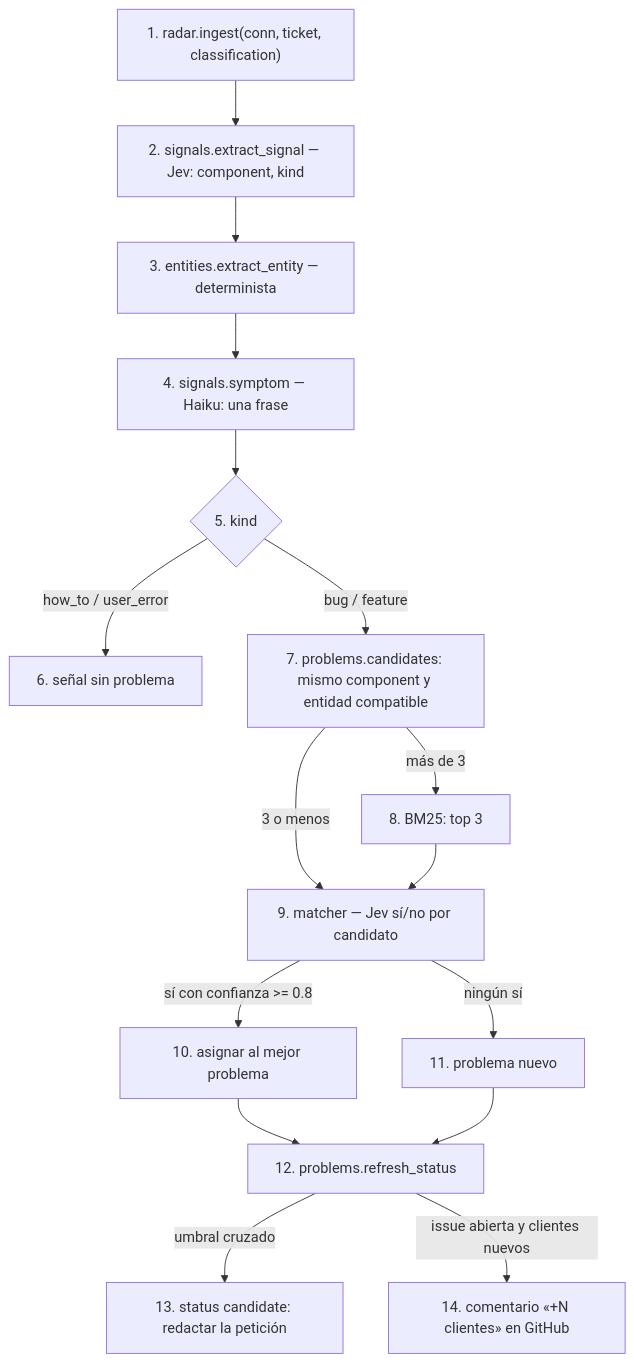
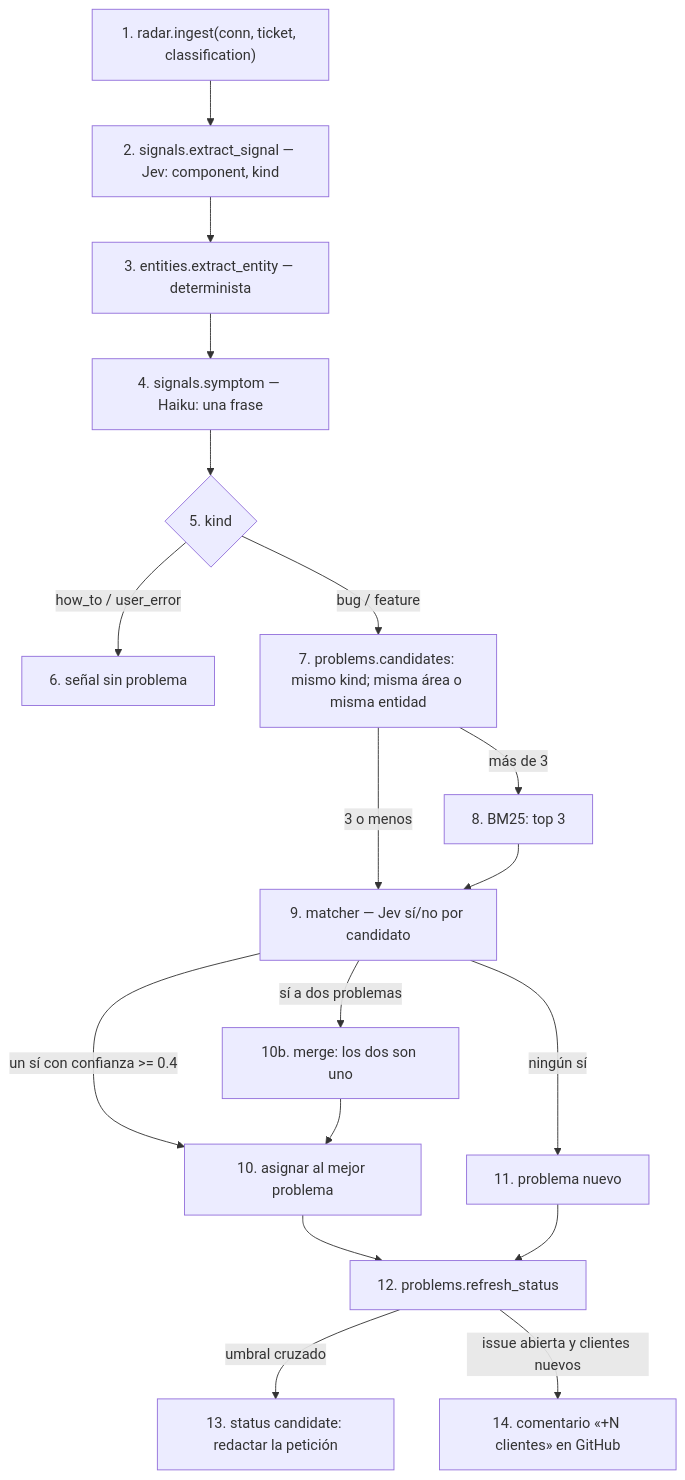
The first of 2 diagrams in docs/specs/radar.md (SearchingAlpha/haddock-cx-copilot), drawn with Mermaid before and after one commit. The commit also changed other lines of this file and 27 other files, not shown here.

````diff
--- a/docs/specs/radar.md
+++ b/docs/specs/radar.md
@@ -12,18 +12,20 @@
 ```mermaid
 flowchart TD
     n1["1. radar.ingest(conn, ticket, classification)"] --> n2["2. signals.extract_signal — Jev: component, kind"]
     n2 --> n3["3. entities.extract_entity — determinista"]
     n3 --> n4["4. signals.symptom — Haiku: una frase"]
     n4 --> n5{"5. kind"}
     n5 -->|"how_to / user_error"| n6["6. señal sin problema"]
-    n5 -->|"bug / feature"| n7["7. problems.candidates: mismo component y entidad compatible"]
+    n5 -->|"bug / feature"| n7["7. problems.candidates: mismo kind; misma área o misma entidad"]
     n7 -->|"más de 3"| n8["8. BM25: top 3"]
     n7 -->|"3 o menos"| n9
     n8 --> n9["9. matcher — Jev sí/no por candidato"]
-    n9 -->|"sí con confianza >= 0.8"| n10["10. asignar al mejor problema"]
+    n9 -->|"un sí con confianza >= 0.4"| n10["10. asignar al mejor problema"]
+    n9 -->|"sí a dos problemas"| n10b["10b. merge: los dos son uno"]
+    n10b --> n10
     n9 -->|"ningún sí"| n11["11. problema nuevo"]
     n10 --> n12["12. problems.refresh_status"]
     n11 --> n12
     n12 -->|"umbral cruzado"| n13["13. status candidate: redactar la petición"]
     n12 -->|"issue abierta y clientes nuevos"| n14["14. comentario «+N clientes» en GitHub"]
 ```
````
